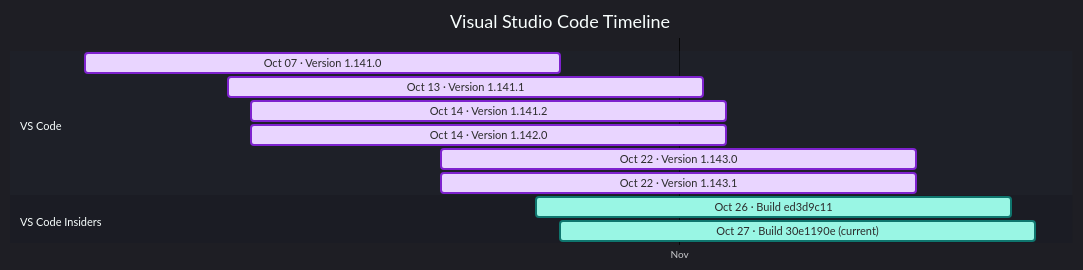
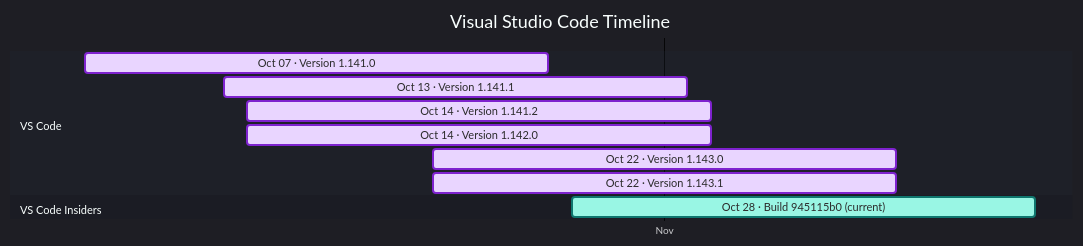
The diagram in docs/vscode.md (Oxelya-DevTools/VisualStudioUpdate), drawn with Mermaid before and after one commit. The commit also changed other lines of this file and 1 other file, not shown here.

````diff
--- a/docs/vscode.md
+++ b/docs/vscode.md
@@ -9,18 +9,17 @@
 ```mermaid
 %%{init: {'theme':'dark','themeVariables': { 'fontFamily': 'Segoe UI', 'fontSize': '24px', 'textColor': '#F3F4F6', 'titleTextColor': '#FFFFFF', 'taskTextColor': '#111827', 'taskTextLightColor': '#111827', 'taskTextOutsideColor': '#F3F4F6', 'taskBkgColor': '#BAE6FD', 'taskBorderColor': '#0369A1', 'doneTaskBkgColor': '#E9D5FF', 'doneTaskBorderColor': '#7E22CE', 'activeTaskBkgColor': '#99F6E4', 'activeTaskBorderColor': '#0F766E', 'critTaskBkgColor': '#FED7AA', 'critTaskBorderColor': '#C2410C', 'sectionBkgColor': '#1F2937', 'altSectionBkgColor': '#111827', 'gridColor': '#4B5563', 'todayLineColor': '#F87171' }}}%%
 gantt
     title Visual Studio Code Timeline
     dateFormat  YYYY-MM-DD
     axisFormat  %b
     tickInterval 1month
     section VS Code
     Oct 07 · Version 1.141.0 : done, vscode202610070, 2026-10-07, 20d
     Oct 13 · Version 1.141.1 : done, vscode202610131, 2026-10-13, 20d
     Oct 14 · Version 1.141.2 : done, vscode202610142, 2026-10-14, 20d
     Oct 14 · Version 1.142.0 : done, vscode202610143, 2026-10-14, 20d
     Oct 22 · Version 1.143.0 : done, vscode202610224, 2026-10-22, 20d
     Oct 22 · Version 1.143.1 : done, vscode202610225, 2026-10-22, 20d
     section VS Code Insiders
-    Oct 26 · Build ed3d9c11 : active, vscodeinsiders202610260, 2026-10-26, 20d
-    Oct 27 · Build 30e1190e (current) : active, vscodeinsiders202610271, 2026-10-27, 20d
+    Oct 28 · Build 945115b0 (current) : active, vscodeinsiders202610280, 2026-10-28, 20d
 ```
````
